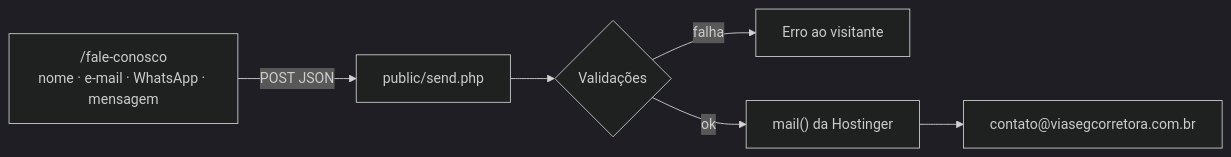
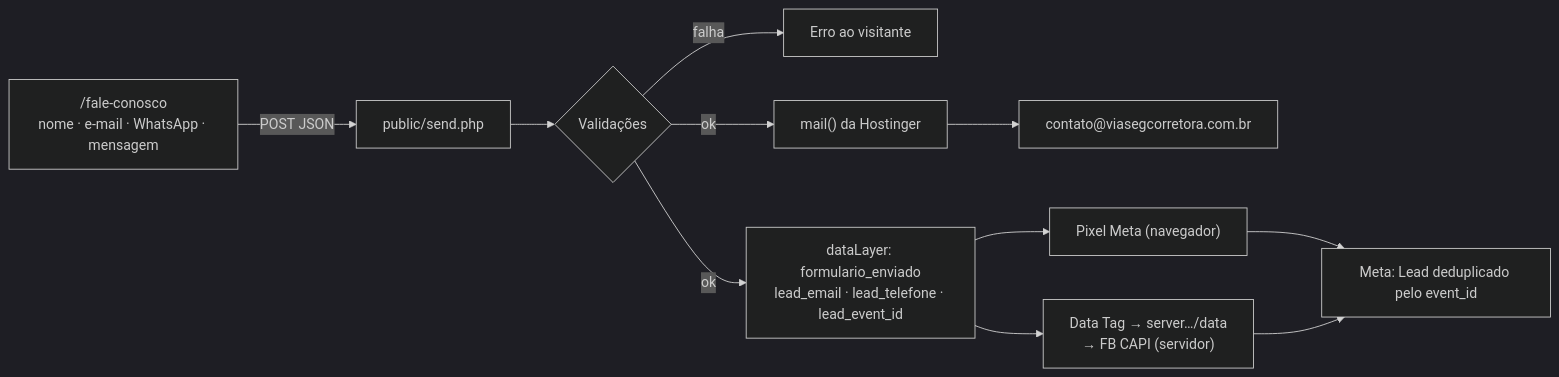
One commit to ivanconsultor/viaseg changed the fourth of 5 diagrams in ARQUITETURA.md. Above: the diagram before and after it, drawn with Mermaid (dark theme). The commit also changed other lines of this file and 5 other files, not shown here.

````diff
--- a/ARQUITETURA.md
+++ b/ARQUITETURA.md
@@ -284,9 +295,14 @@
 ```mermaid
 flowchart LR
     F["/fale-conosco<br/>nome · e-mail · WhatsApp · mensagem"]
     F -->|POST JSON| P["public/send.php"]
     P --> V{"Validações"}
     V -->|falha| E["Erro ao visitante"]
     V -->|ok| M["mail() da Hostinger"]
     M --> D["contato@viasegcorretora.com.br"]
+    V -->|ok| DL["dataLayer: formulario_enviado<br/>lead_email · lead_telefone · lead_event_id"]
+    DL --> PX["Pixel Meta (navegador)"]
+    DL --> DT["Data Tag → server…/data<br/>→ FB CAPI (servidor)"]
+    PX --> META["Meta: Lead deduplicado pelo event_id"]
+    DT --> META
 ```
````
